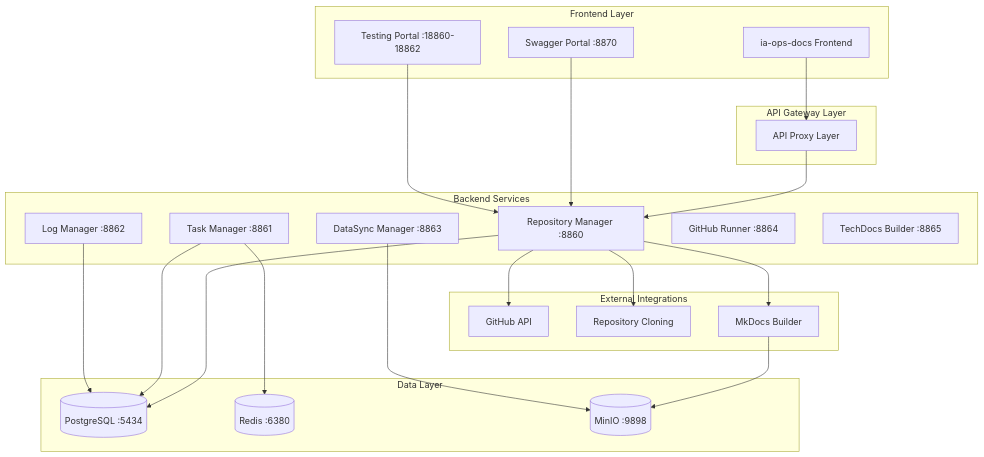
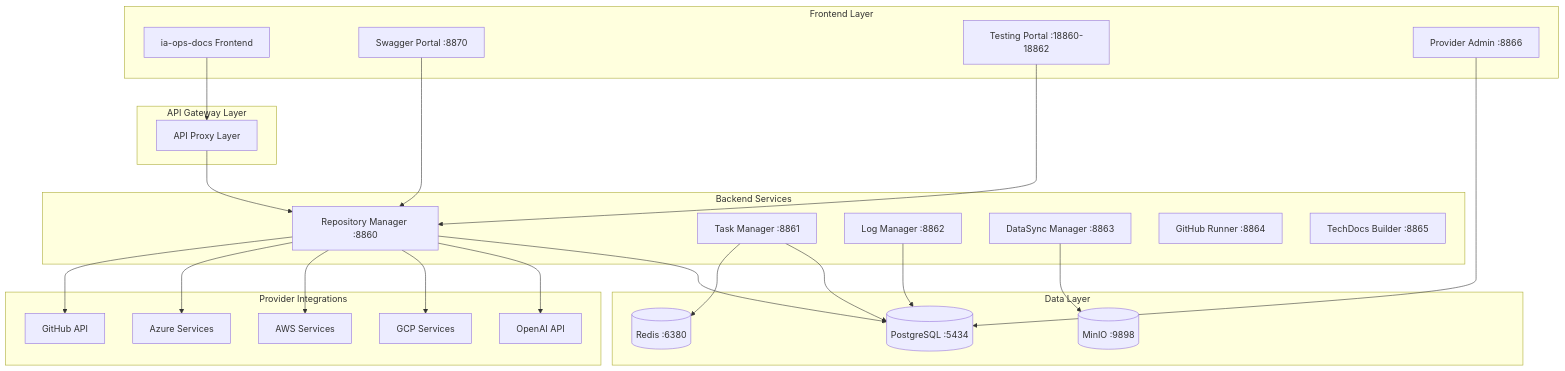
One commit to giovanemere/ia-ops-dev-core changed the first of 4 diagrams in docs/architecture/overview.md. Above: the diagram before and after it, drawn with Mermaid. The commit also changed other lines of this file and 4 other files, not shown here.

````diff
--- a/docs/architecture/overview.md
+++ b/docs/architecture/overview.md
@@ -7,47 +7,52 @@
 ```mermaid
 graph TB
     subgraph "Frontend Layer"
         FE[ia-ops-docs Frontend]
         SP[Swagger Portal :8870]
         TP[Testing Portal :18860-18862]
+        PA[Provider Admin :8866]
     end
     
     subgraph "API Gateway Layer"
         PROXY[API Proxy Layer]
     end
     
     subgraph "Backend Services"
         RM[Repository Manager :8860]
         TM[Task Manager :8861] 
         LM[Log Manager :8862]
         DS[DataSync Manager :8863]
         GR[GitHub Runner :8864]
         TD[TechDocs Builder :8865]
     end
     
-    subgraph "External Integrations"
+    subgraph "Provider Integrations"
         GH[GitHub API]
-        CLONE[Repository Cloning]
-        MKDOCS[MkDocs Builder]
+        AZ[Azure Services]
+        AWS[AWS Services]
+        GCP[GCP Services]
+        AI[OpenAI API]
     end
     
     subgraph "Data Layer"
         PG[(PostgreSQL :5434)]
         RD[(Redis :6380)]
         MN[(MinIO :9898)]
     end
     
     FE --> PROXY
     PROXY --> RM
     SP --> RM
     TP --> RM
+    PA --> PG
     RM --> GH
-    RM --> CLONE
-    RM --> MKDOCS
-    MKDOCS --> MN
+    RM --> AZ
+    RM --> AWS
+    RM --> GCP
+    RM --> AI
     RM --> PG
     TM --> RD
     TM --> PG
     LM --> PG
     DS --> MN
 ```
````
